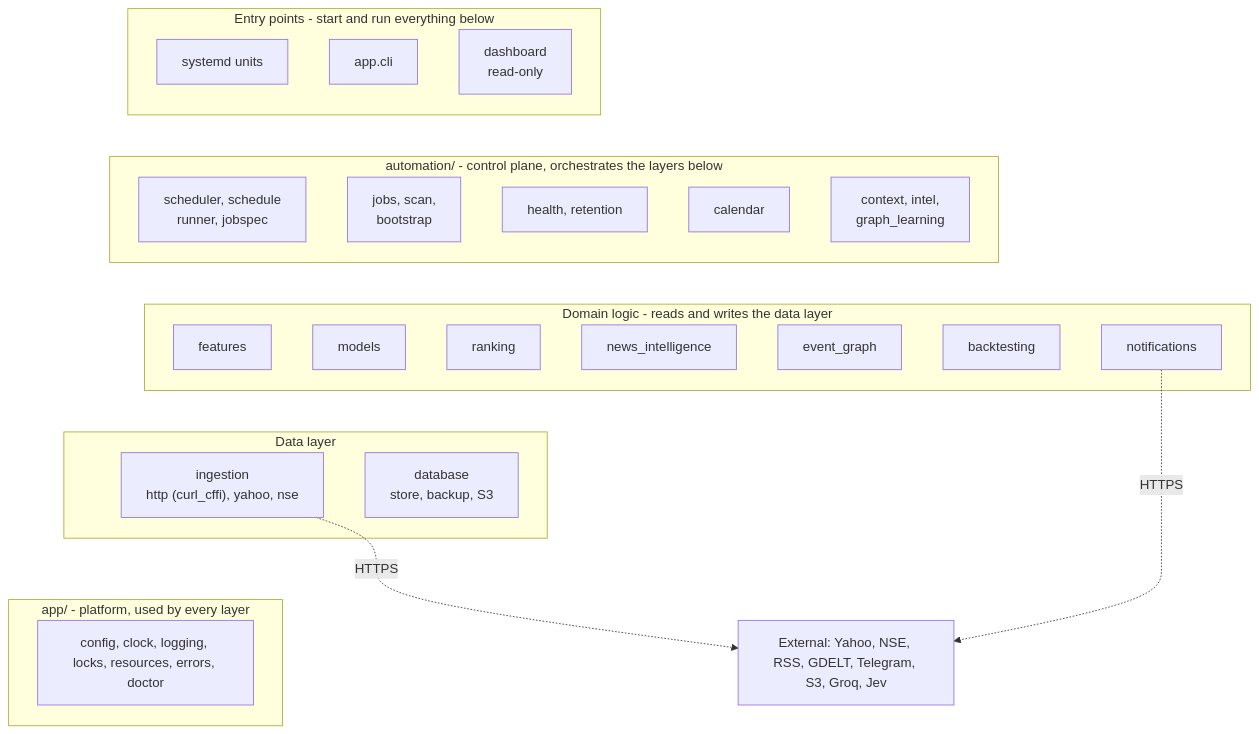
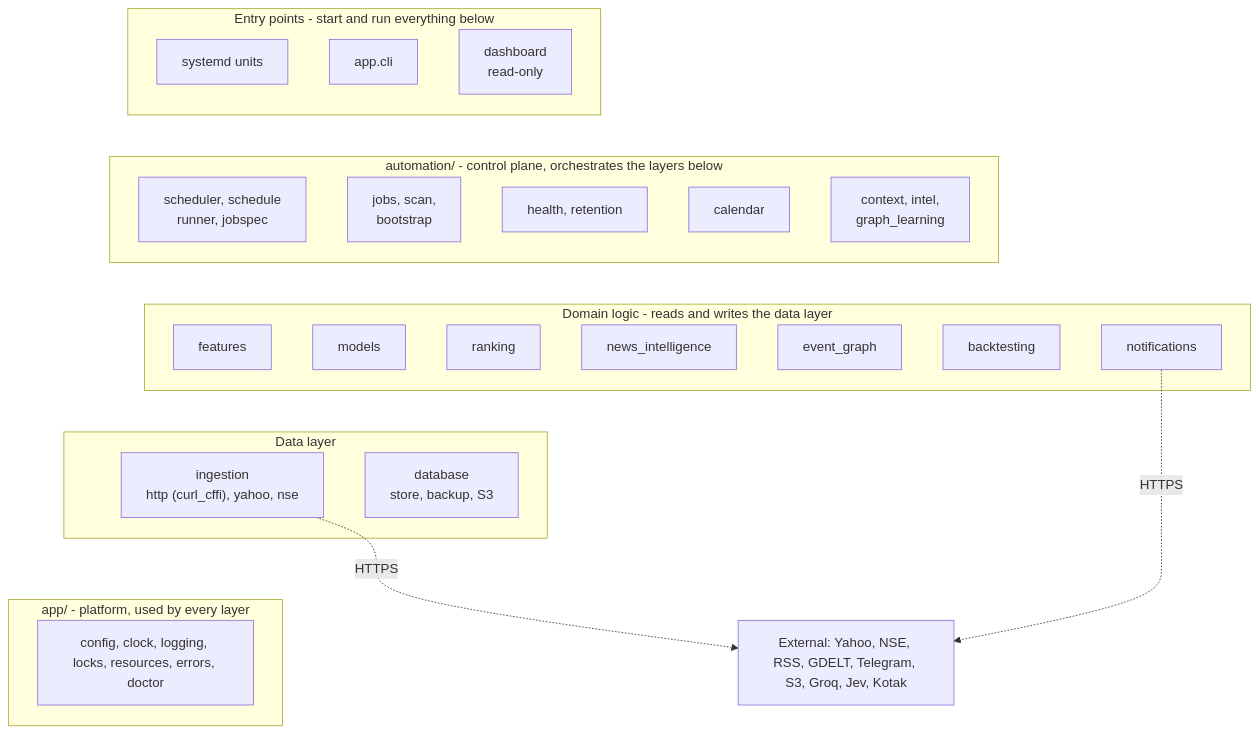
Before and after one commit to amansoni7477030/MonsterStock_AI: the second of 3 diagrams in MONSTER-AI/README.md, drawn with Mermaid. The commit also changed other lines of this file and 53 other files, not shown here.

````diff
--- a/MONSTER-AI/README.md
+++ b/MONSTER-AI/README.md
@@ -108,38 +122,38 @@
 ```mermaid
 flowchart TB
     subgraph L0["Entry points - start and run everything below"]
         UNITS["systemd units"]
         CLI["app.cli"]
         DASH["dashboard<br/>read-only"]
     end
     subgraph L1["automation/ - control plane, orchestrates the layers below"]
         SCHED["scheduler, schedule<br/>runner, jobspec"]
         JOBS["jobs, scan,<br/>bootstrap"]
         HEALTHM["health, retention"]
         CALM["calendar"]
         CTXM["context, intel,<br/>graph_learning"]
     end
     subgraph L2["Domain logic - reads and writes the data layer"]
         FEAT["features"]
         MOD["models"]
         RANK["ranking"]
         NEWS["news_intelligence"]
         GRAPH["event_graph"]
         BT["backtesting"]
         NOTIF["notifications"]
     end
     subgraph L3["Data layer"]
         ING["ingestion<br/>http (curl_cffi), yahoo, nse"]
         DBL["database<br/>store, backup, S3"]
     end
     subgraph L4["app/ - platform, used by every layer"]
         PLAT["config, clock, logging, locks, resources, errors, doctor"]
     end
-    EXT["External: Yahoo, NSE, RSS, GDELT, Telegram, S3, Groq, Jev"]
+    EXT["External: Yahoo, NSE, RSS, GDELT, Telegram, S3, Groq, Jev, Kotak"]
     UNITS ~~~ SCHED
     SCHED ~~~ FEAT
     FEAT ~~~ ING
     ING ~~~ PLAT
     ING -.->|"HTTPS"| EXT
     NOTIF -.->|"HTTPS"| EXT
 ```
````
